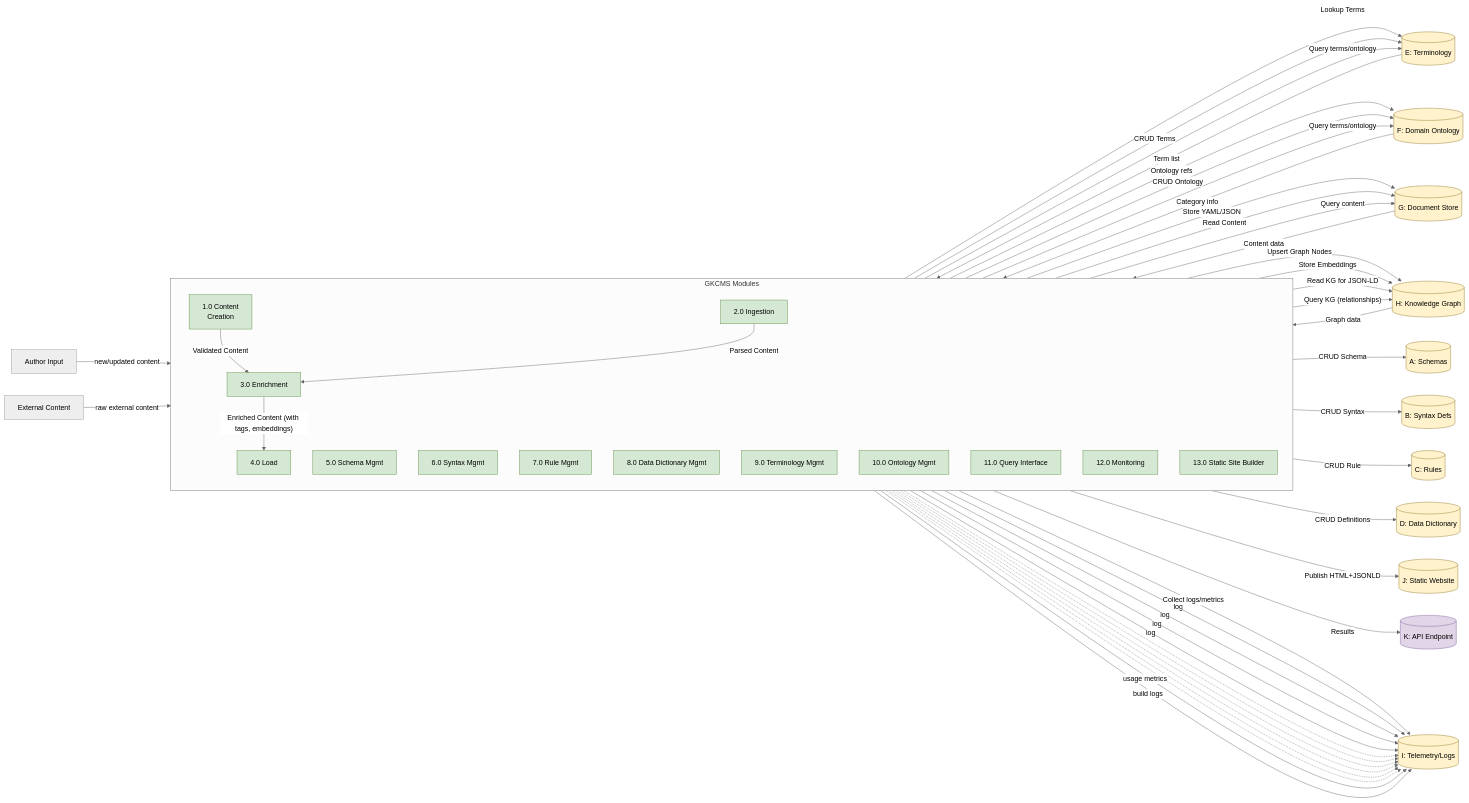
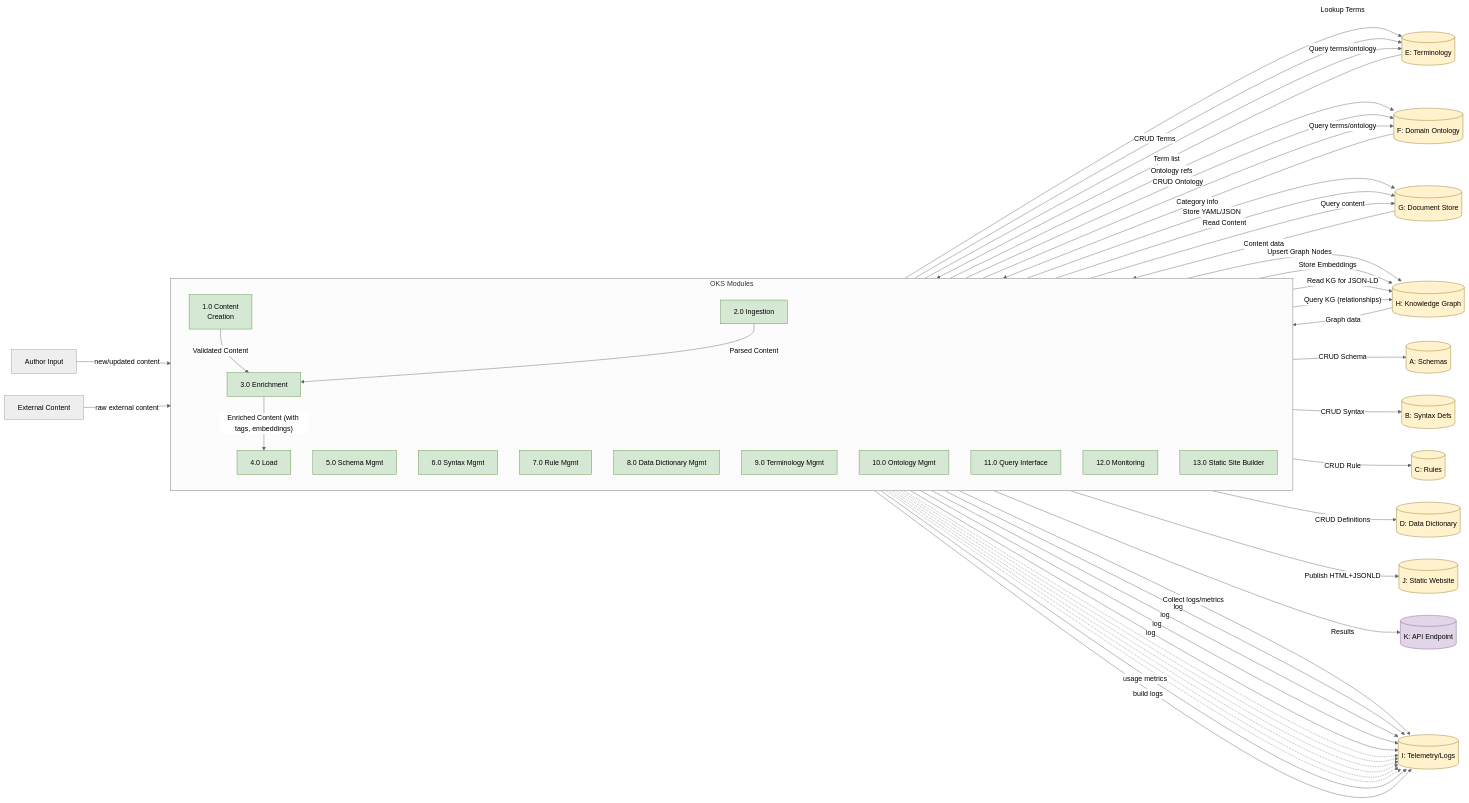
One commit to mattbriggs/enterprise-knowledge-base changed the second of 5 diagrams in content/02_overall_description.md. Above: the diagram before and after it, drawn with Mermaid (neutral theme). The commit also changed other lines of this file and 3 other files, not shown here.

````diff
--- a/content/02_overall_description.md
+++ b/content/02_overall_description.md
@@ -194,7 +194,7 @@
 ```mermaid
 flowchart LR;
     %% Define processes (rounded boxes) and data stores (cylinders)
-    subgraph Processes["GKCMS Modules"]
+    subgraph Processes["OKS Modules"]
       direction TB;
       P1["1.0 Content<br>Creation"]:::process
       P2["2.0 Ingestion"]:::process
````
